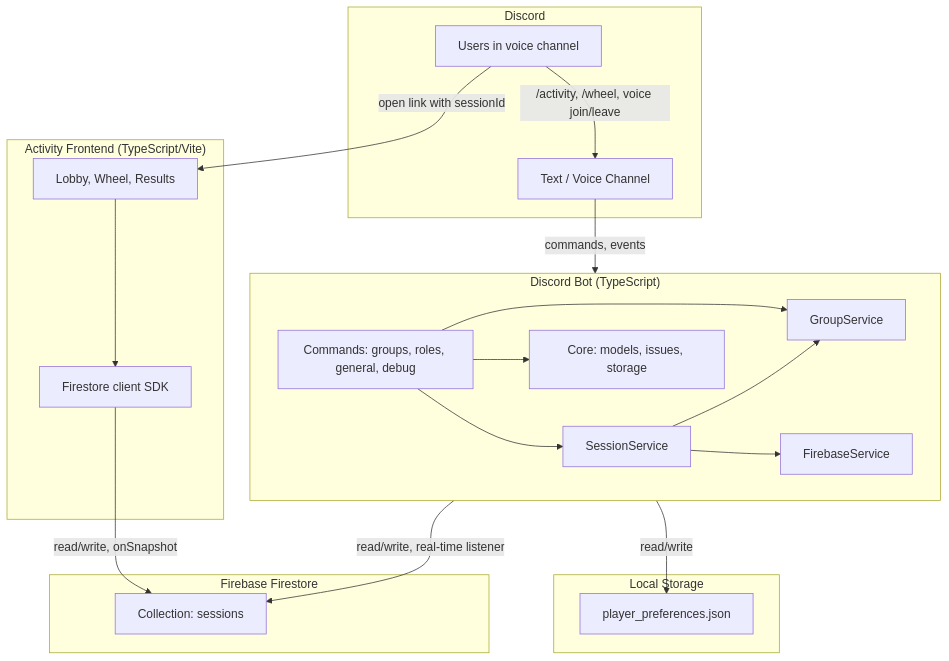
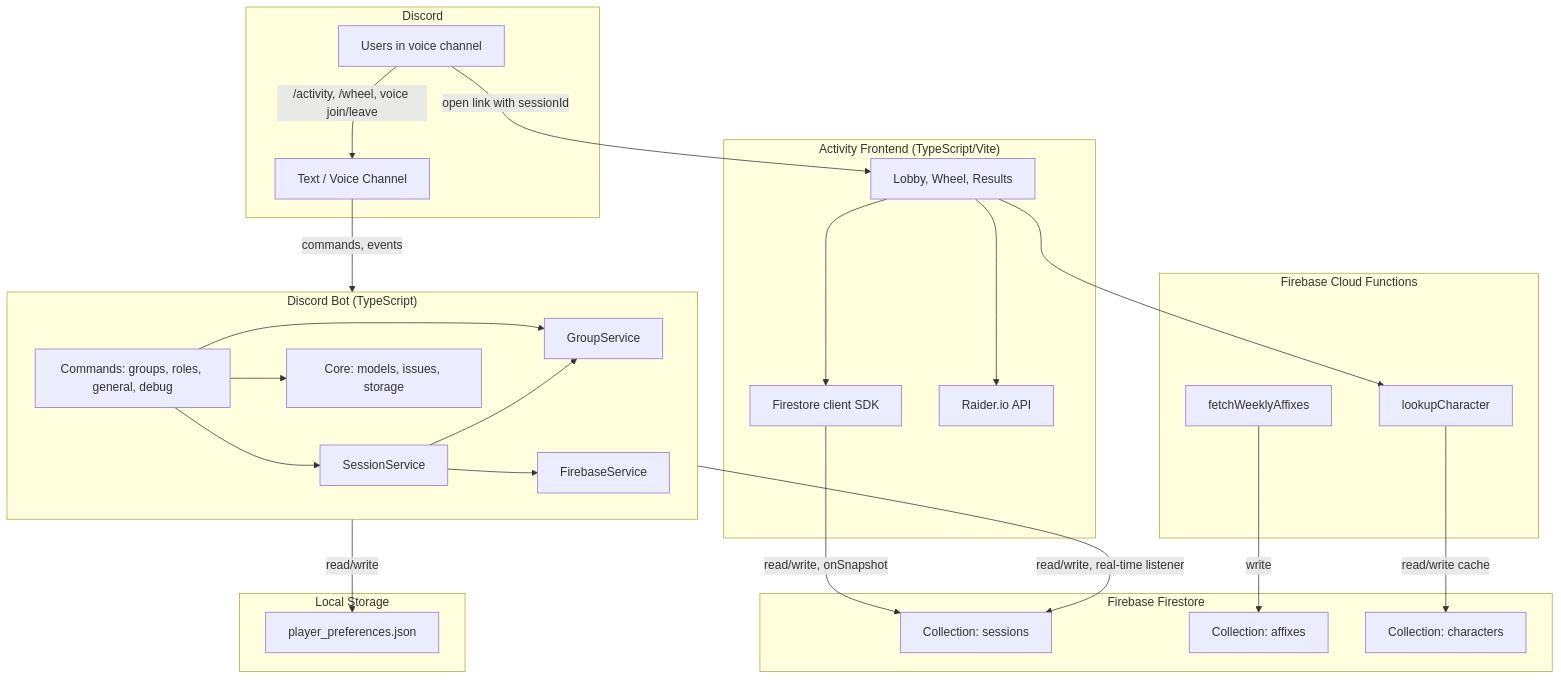
One commit to TytaniumDev/MythicPlusDiscordBot changed the first of 4 diagrams in ARCHITECTURE.md. Above: the diagram before and after it, drawn with Mermaid. The commit also changed other lines of this file and 2 other files, not shown here.

Commit message:
docs: update ARCHITECTURE.md and CONTRIBUTING.md for packages/functions/

````diff
--- a/ARCHITECTURE.md
+++ b/ARCHITECTURE.md
@@ -21,40 +21,52 @@
 ```mermaid
 flowchart TB
     subgraph Discord["Discord"]
         User[Users in voice channel]
         Channel[Text / Voice Channel]
     end
 
     subgraph Bot["Discord Bot (TypeScript)"]
         Cogs[Commands: groups, roles, general, debug]
         GroupService[GroupService]
         SessionService[SessionService]
         FirebaseService[FirebaseService]
         Core[Core: models, issues, storage]
         Cogs --> GroupService
         Cogs --> SessionService
         Cogs --> Core
         SessionService --> FirebaseService
         SessionService --> GroupService
     end
 
+    subgraph CloudFunctions["Firebase Cloud Functions"]
+        LookupCharacter[lookupCharacter]
+        FetchWeeklyAffixes[fetchWeeklyAffixes]
+    end
+
     subgraph Firebase["Firebase Firestore"]
         Sessions[Collection: sessions]
+        Affixes[Collection: affixes]
+        Characters[Collection: characters]
     end
 
     subgraph LocalStorage["Local Storage"]
         Preferences[player_preferences.json]
     end
 
     subgraph Frontend["Activity Frontend (TypeScript/Vite)"]
         UI[Lobby, Wheel, Results]
         UI --> FirestoreClient[Firestore client SDK]
+        UI --> RaiderIo[Raider.io API]
+        UI --> LookupCharacter
     end
+
+    FetchWeeklyAffixes -->|write| Affixes
+    LookupCharacter -->|read/write cache| Characters
 
     User -->|/activity, /wheel, voice join/leave| Channel
     Channel -->|commands, events| Bot
     Bot -->|read/write, real-time listener| Sessions
     Bot -->|read/write| Preferences
     FirestoreClient -->|read/write, onSnapshot| Sessions
     User -->|open link with sessionId| UI
 ```
````
